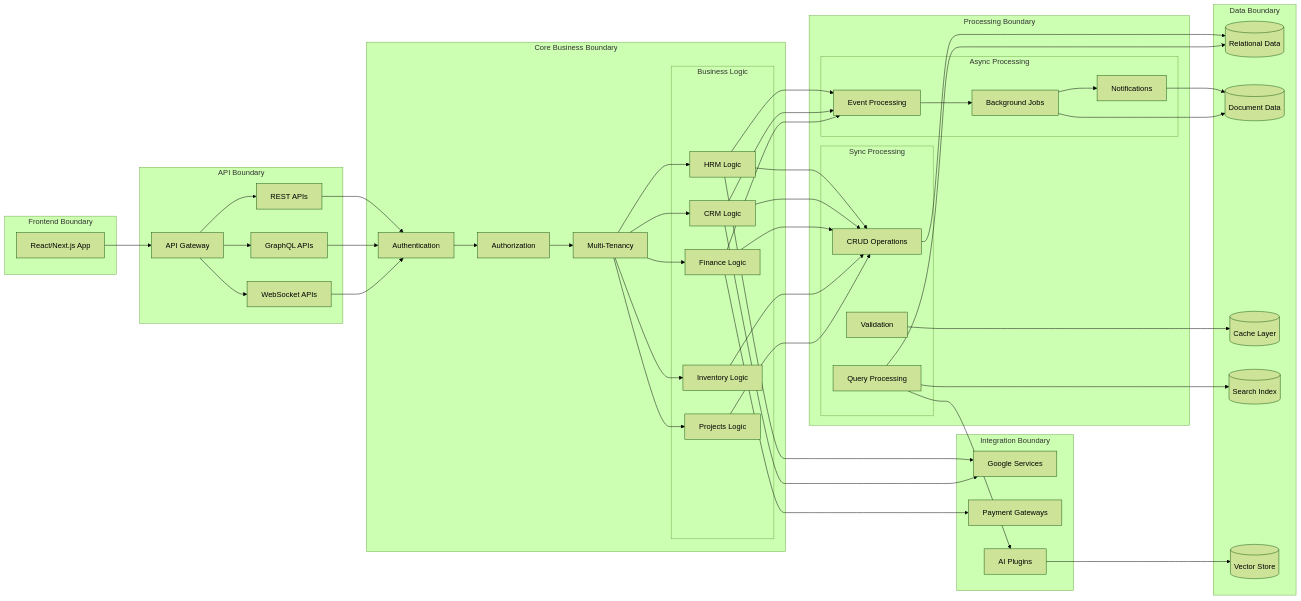
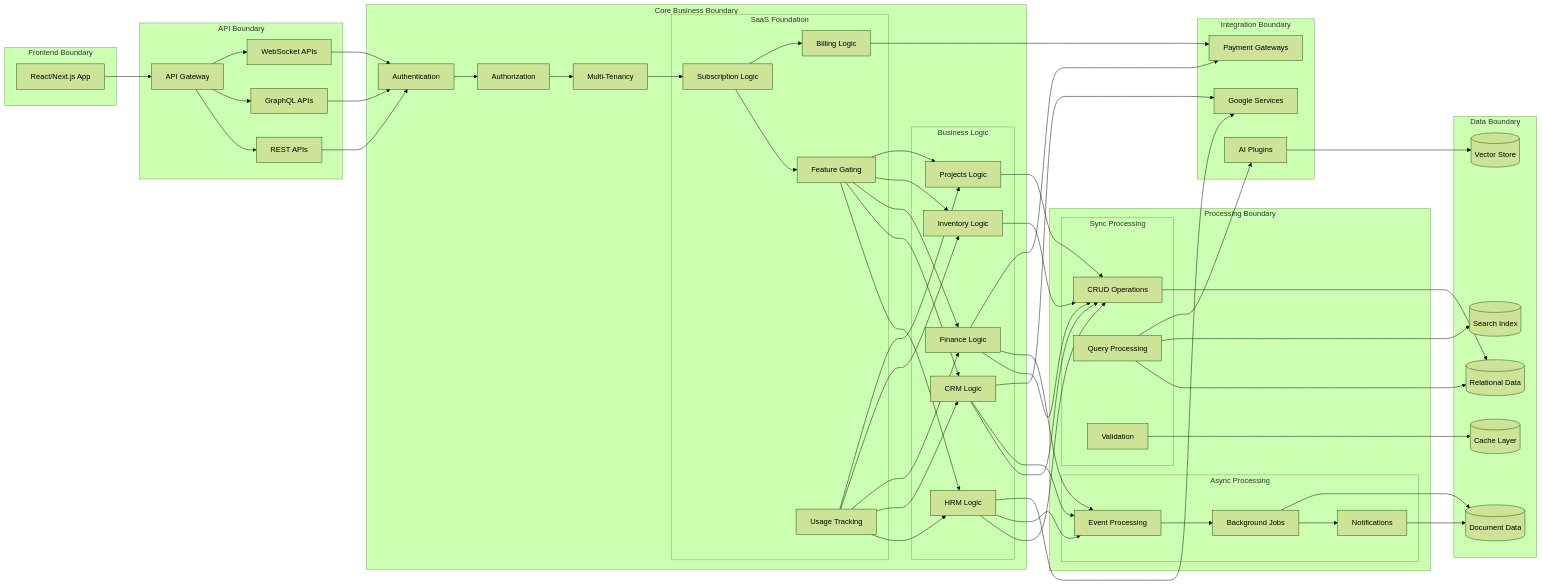
One commit to azad25/erp-suite changed the second of 8 diagrams in 02-architecture/architecture-diagrams.md. Above: the diagram before and after it, drawn with Mermaid (forest theme). The commit also changed other lines of this file and 31 other files, not shown here.

```diff
--- a/02-architecture/architecture-diagrams.md
+++ b/02-architecture/architecture-diagrams.md
@@ -143,6 +167,13 @@
         AUTH[Authentication]
         RBAC[Authorization]
         TENANT[Multi-Tenancy]
+        
+        subgraph "SaaS Foundation"
+            SUBSCRIPTION_BL[Subscription Logic]
+            BILLING_BL[Billing Logic]
+            FEATURE_GATE_BL[Feature Gating]
+            USAGE_TRACK_BL[Usage Tracking]
+        end
         
         subgraph "Business Logic"
             HRM_BL[HRM Logic]
@@ -192,12 +223,23 @@
     
     AUTH --> RBAC
     RBAC --> TENANT
+    TENANT --> SUBSCRIPTION_BL
     
-    TENANT --> HRM_BL
-    TENANT --> CRM_BL
-    TENANT --> FIN_BL
-    TENANT --> INV_BL
-    TENANT --> PROJ_BL
+    SUBSCRIPTION_BL --> FEATURE_GATE_BL
+    FEATURE_GATE_BL --> HRM_BL
+    FEATURE_GATE_BL --> CRM_BL
+    FEATURE_GATE_BL --> FIN_BL
+    FEATURE_GATE_BL --> INV_BL
+    FEATURE_GATE_BL --> PROJ_BL
+    
+    USAGE_TRACK_BL --> HRM_BL
+    USAGE_TRACK_BL --> CRM_BL
+    USAGE_TRACK_BL --> FIN_BL
+    USAGE_TRACK_BL --> INV_BL
+    USAGE_TRACK_BL --> PROJ_BL
+    
+    SUBSCRIPTION_BL --> BILLING_BL
+    BILLING_BL --> PAYMENT_GW
     
     HRM_BL --> CRUD
     CRM_BL --> CRUD
```
